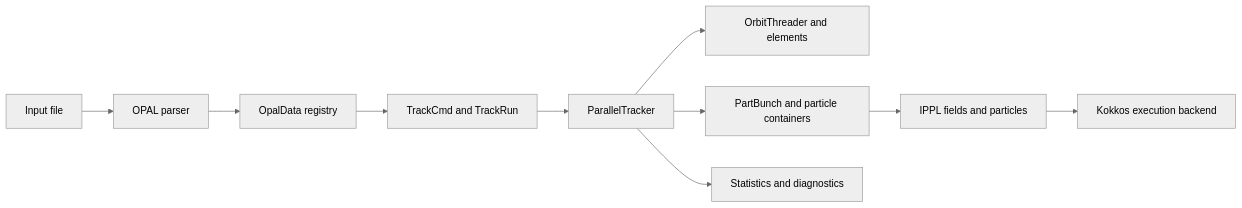
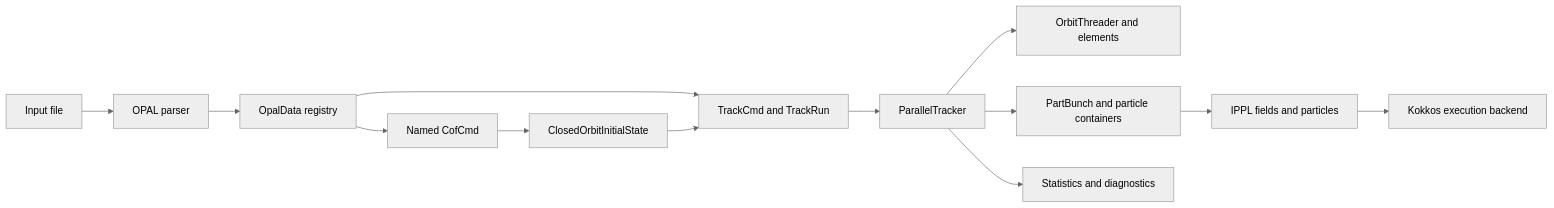
Before and after one commit to OPALX-project/opalx-manual: the first of 7 diagrams in developer-guide/architecture.qmd, drawn with Mermaid (neutral theme). The commit also changed other lines of this file and 10 other files, not shown here.

First line of the commit message:
Document named COF results and TRACK orbit handover

````diff
--- a/developer-guide/architecture.qmd
+++ b/developer-guide/architecture.qmd
@@ -12,12 +12,15 @@
 ```{mermaid}
 flowchart LR
   Input[Input file] --> Parser[OPAL parser]
   Parser --> Registry[OpalData registry]
   Registry --> Track[TrackCmd and TrackRun]
+  Registry --> Cof[Named CofCmd]
+  Cof --> Launch[ClosedOrbitInitialState]
+  Launch --> Track
   Track --> Tracker[ParallelTracker]
   Tracker --> Orbit[OrbitThreader and elements]
   Tracker --> Bunch[PartBunch and particle containers]
   Bunch --> IPPL[IPPL fields and particles]
   IPPL --> Kokkos[Kokkos execution backend]
   Tracker --> Output[Statistics and diagnostics]
 ```
````
